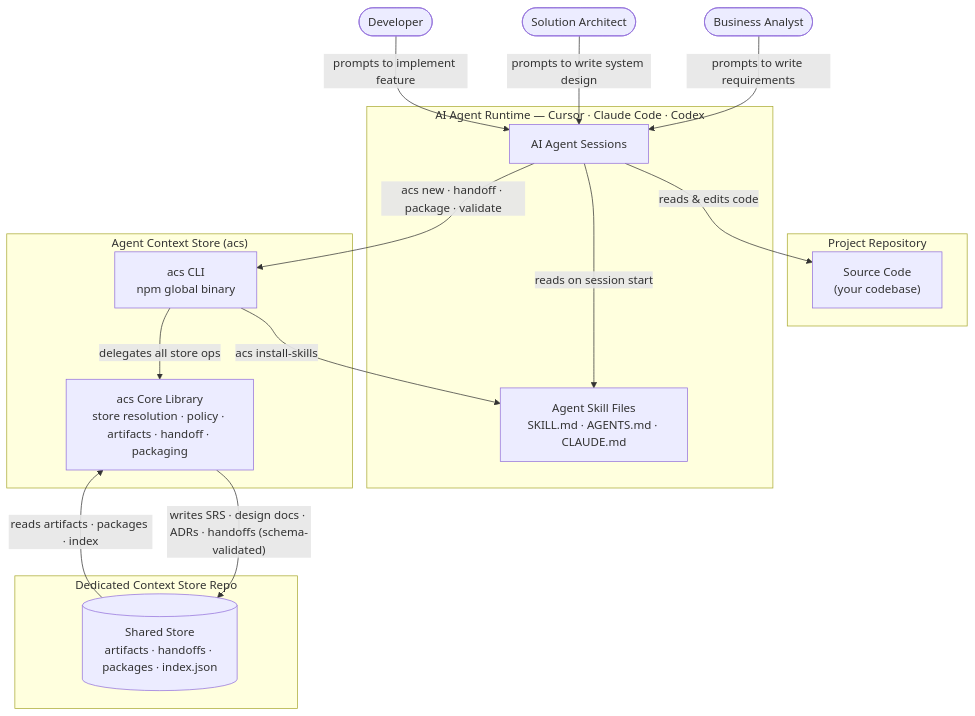
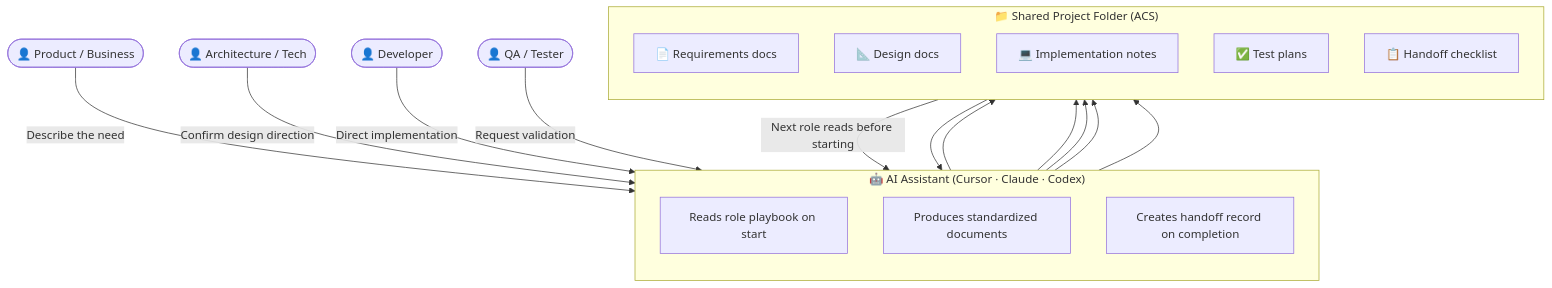
Before and after one commit to max9159/agent-context-store: the second of 3 diagrams in README.md, drawn with Mermaid. The commit also changed other lines of this file and 1 other file, not shown here.

First line of the commit message:
docs: enhance README and DEVELOPMENT documentation for ACS

````diff
--- a/README.md
+++ b/README.md
@@ -11,35 +38,33 @@
 ```mermaid
 flowchart TD
-    DEV(["Developer"])
-    BA(["Business Analyst"])
-    SA(["Solution Architect"])
+    PM(["👤 Product / Business"])
+    ARCH(["👤 Architecture / Tech"])
+    DEV(["👤 Developer"])
+    QA(["👤 QA / Tester"])
 
-    subgraph PROJECT["Project Repository"]
-        CODE["Source Code\n(your codebase)"]
-    end
-    subgraph AGENT["AI Agent Runtime  —  Cursor · Claude Code · Codex"]
-        AI["AI Agent Sessions"]
-        SKILLS["Agent Skill Files\nSKILL.md · AGENTS.md · CLAUDE.md"]
-
+    subgraph AI["🤖 AI Assistant (Cursor · Claude · Codex)"]
+        direction TB
+        AI1["Reads role playbook on start"]
+        AI2["Produces standardized documents"]
+        AI3["Creates handoff record on completion"]
     end
 
-    subgraph ACS["Agent Context Store  (acs)"]
-        CLI["acs CLI\nnpm global binary"]
-        CORE["acs Core Library\nstore resolution · policy · artifacts · handoff · packaging"]
+    subgraph STORE["📁 Shared Project Folder (ACS)"]
+        direction TB
+        DOC1["📄 Requirements docs"]
+        DOC2["📐 Design docs"]
+        DOC3["💻 Implementation notes"]
+        DOC4["✅ Test plans"]
+        HANDOFF["📋 Handoff checklist"]
     end
 
-    subgraph DEDICATED["Dedicated Context Store Repo"]
-        STORE[("Shared Store\nartifacts · handoffs · packages · index.json")]
-    end
+    PM -->|"Describe the need"| AI
+    ARCH -->|"Confirm design direction"| AI
+    DEV -->|"Direct implementation"| AI
+    QA -->|"Request validation"| AI
 
-    BA -->|"prompts to write requirements"| AI
-    SA -->|"prompts to write system design"| AI
-    DEV -->|"prompts to implement feature"| AI
-    CLI -->|"acs install-skills"| SKILLS
-    AI -->|"reads & edits code"| CODE
-    AI -->|"reads on session start"| SKILLS
-    AI -->|"acs new · handoff · package · validate"| CLI
-    CLI -->|"delegates all store ops"| CORE
-    CORE -->|"writes SRS · design docs · ADRs · handoffs (schema-validated)"| STORE
-    STORE -->|"reads artifacts · packages · index"| CORE
+    AI --> DOC1 & DOC2 & DOC3 & DOC4
+    AI --> HANDOFF
+    HANDOFF -->|"Next role reads before starting"| AI
+    STORE --> AI
 ```
````
